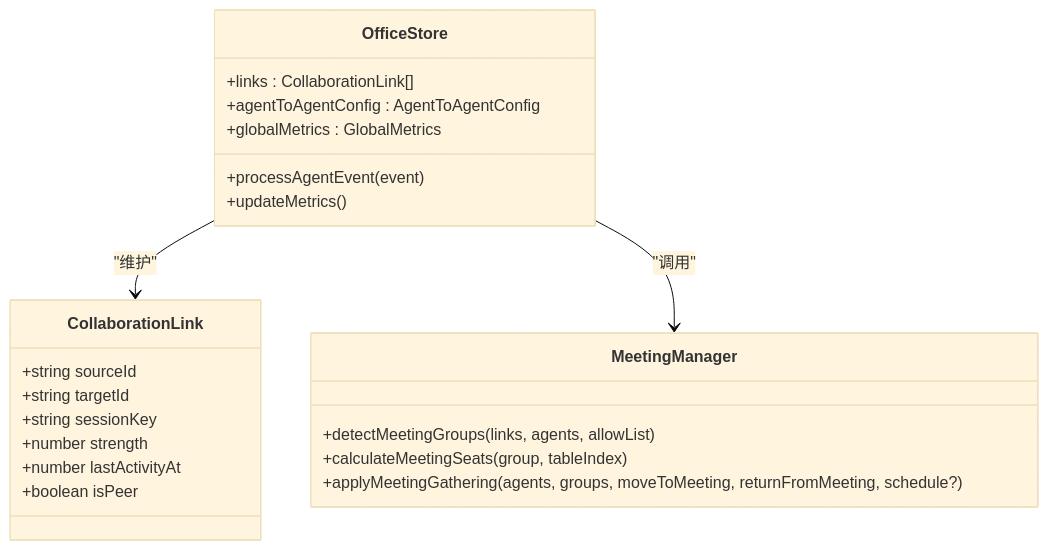
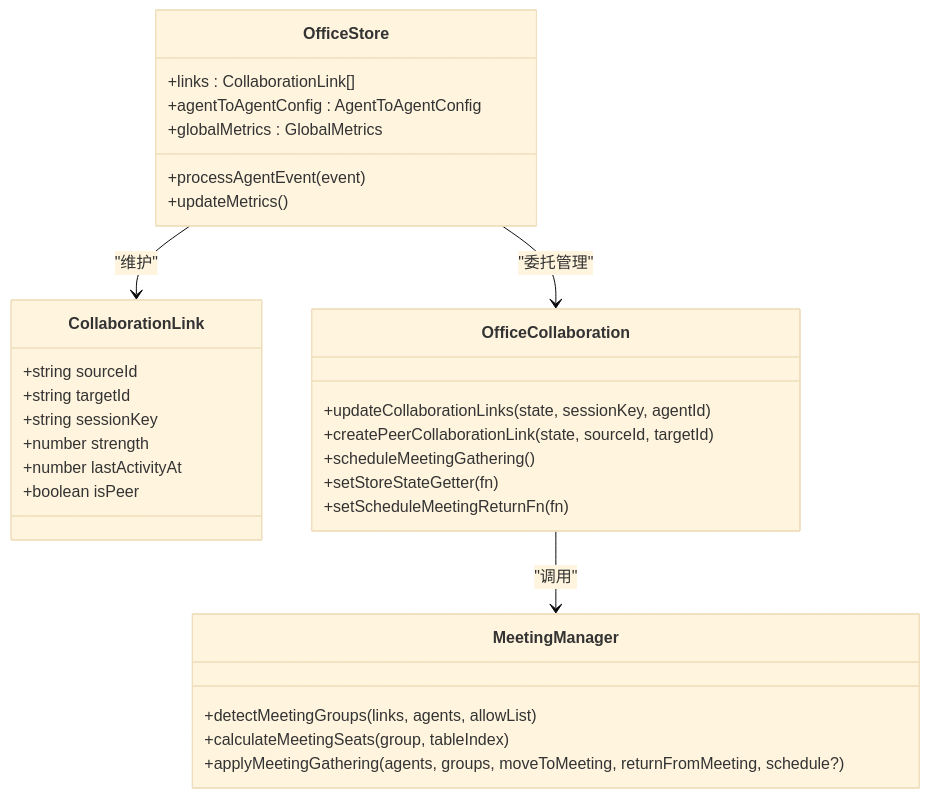
One commit to WW-AI-Lab/openclaw-office changed the fourth of 8 diagrams in .qoder/repowiki/zh/content/状态管理系统/Office Store 核心设计.md. Above: the diagram before and after it, drawn with Mermaid (base theme). The commit also changed other lines of this file and 27 other files, not shown here.

````diff
--- a/.qoder/repowiki/zh/content/状态管理系统/Office Store 核心设计.md
+++ b/.qoder/repowiki/zh/content/状态管理系统/Office Store 核心设计.md
@@ -184,25 +207,33 @@
 ```mermaid
 classDiagram
 class CollaborationLink {
 +string sourceId
 +string targetId
 +string sessionKey
 +number strength
 +number lastActivityAt
 +boolean isPeer
 }
 class OfficeStore {
 +links : CollaborationLink[]
 +agentToAgentConfig : AgentToAgentConfig
 +globalMetrics : GlobalMetrics
 +processAgentEvent(event)
 +updateMetrics()
 }
+class OfficeCollaboration {
++updateCollaborationLinks(state, sessionKey, agentId)
++createPeerCollaborationLink(state, sourceId, targetId)
++scheduleMeetingGathering()
++setStoreStateGetter(fn)
++setScheduleMeetingReturnFn(fn)
+}
 class MeetingManager {
 +detectMeetingGroups(links, agents, allowList)
 +calculateMeetingSeats(group, tableIndex)
 +applyMeetingGathering(agents, groups, moveToMeeting, returnFromMeeting, schedule?)
 }
 OfficeStore --> CollaborationLink : "维护"
-OfficeStore --> MeetingManager : "调用"
+OfficeStore --> OfficeCollaboration : "委托管理"
+OfficeCollaboration --> MeetingManager : "调用"
 ```
````
